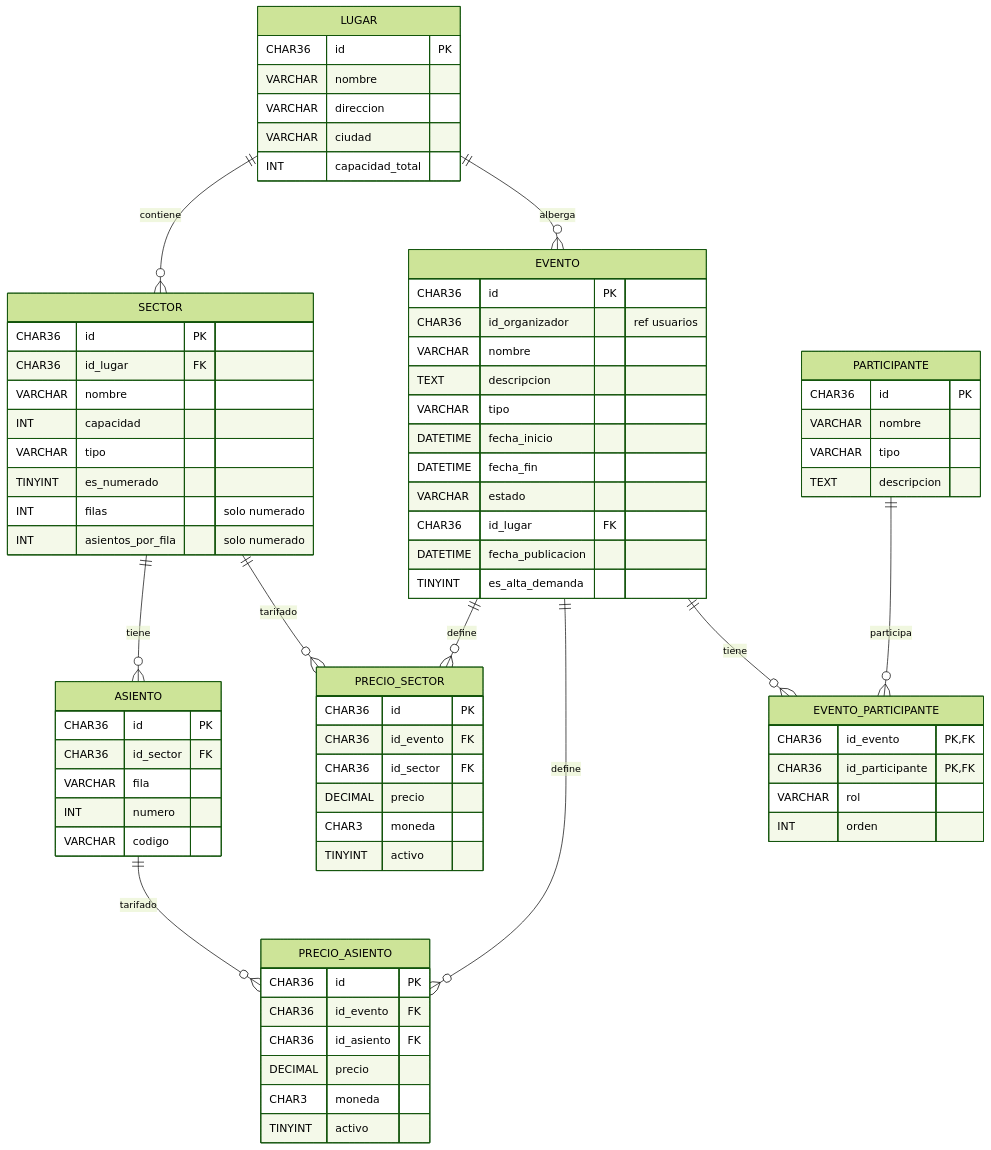
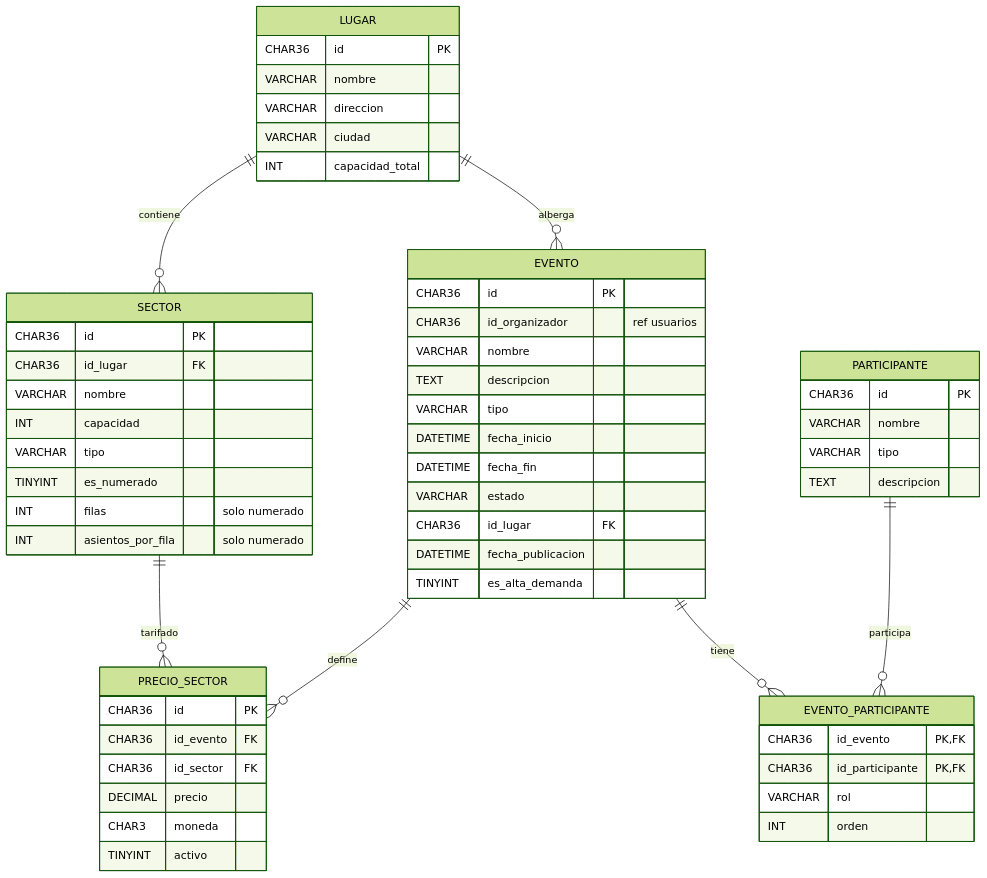
Before and after one commit to florAlar/ticketYa: the second of 5 diagrams in Backend/docs/modelo-datos.md, drawn with Mermaid (forest theme). The commit also changed other lines of this file and 7 other files, not shown here.

First line of the commit message:
refactor(eventos): eliminar tablas asiento y precio_asiento (SEAT-07)

````diff
--- a/Backend/docs/modelo-datos.md
+++ b/Backend/docs/modelo-datos.md
@@ -52,78 +52,60 @@
 ```mermaid
 erDiagram
     LUGAR ||--o{ SECTOR : contiene
     LUGAR ||--o{ EVENTO : alberga
-    SECTOR ||--o{ ASIENTO : tiene
     EVENTO ||--o{ PRECIO_SECTOR : define
     SECTOR ||--o{ PRECIO_SECTOR : tarifado
-    EVENTO ||--o{ PRECIO_ASIENTO : define
-    ASIENTO ||--o{ PRECIO_ASIENTO : tarifado
     EVENTO ||--o{ EVENTO_PARTICIPANTE : tiene
     PARTICIPANTE ||--o{ EVENTO_PARTICIPANTE : participa
 
     LUGAR {
         CHAR36 id PK
         VARCHAR nombre
         VARCHAR direccion
         VARCHAR ciudad
         INT capacidad_total
     }
     SECTOR {
         CHAR36 id PK
         CHAR36 id_lugar FK
         VARCHAR nombre
         INT capacidad
         VARCHAR tipo
         TINYINT es_numerado
         INT filas "solo numerado"
         INT asientos_por_fila "solo numerado"
-    }
-    ASIENTO {
-        CHAR36 id PK
-        CHAR36 id_sector FK
-        VARCHAR fila
-        INT numero
-        VARCHAR codigo
     }
     EVENTO {
         CHAR36 id PK
         CHAR36 id_organizador "ref usuarios"
         VARCHAR nombre
         TEXT descripcion
         VARCHAR tipo
         DATETIME fecha_inicio
         DATETIME fecha_fin
         VARCHAR estado
         CHAR36 id_lugar FK
         DATETIME fecha_publicacion
         TINYINT es_alta_demanda
     }
     PRECIO_SECTOR {
         CHAR36 id PK
         CHAR36 id_evento FK
         CHAR36 id_sector FK
         DECIMAL precio
         CHAR3 moneda
         TINYINT activo
     }
-    PRECIO_ASIENTO {
-        CHAR36 id PK
-        CHAR36 id_evento FK
-        CHAR36 id_asiento FK
-        DECIMAL precio
-        CHAR3 moneda
-        TINYINT activo
-    }
     PARTICIPANTE {
         CHAR36 id PK
         VARCHAR nombre
         VARCHAR tipo
         TEXT descripcion
     }
     EVENTO_PARTICIPANTE {
         CHAR36 id_evento PK,FK
         CHAR36 id_participante PK,FK
         VARCHAR rol
         INT orden
     }
 ```
````
